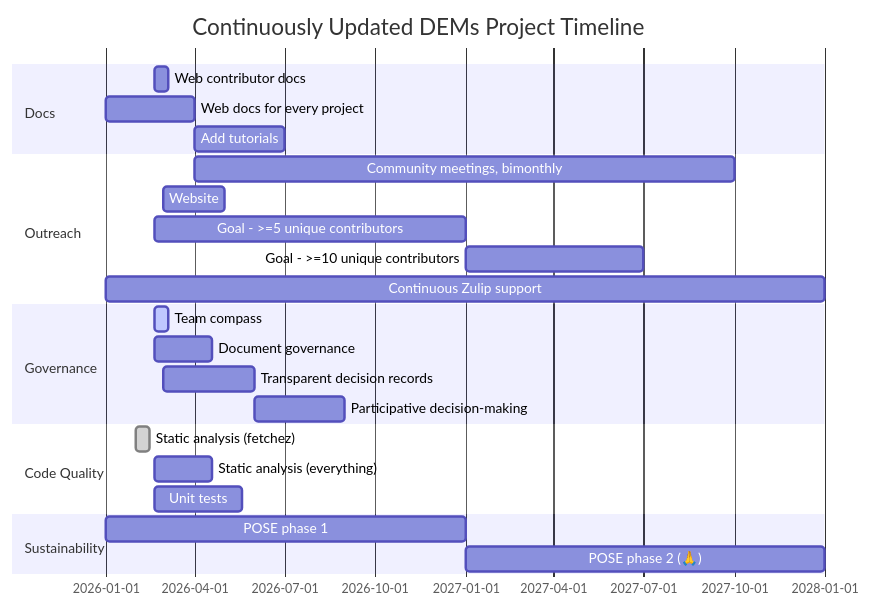
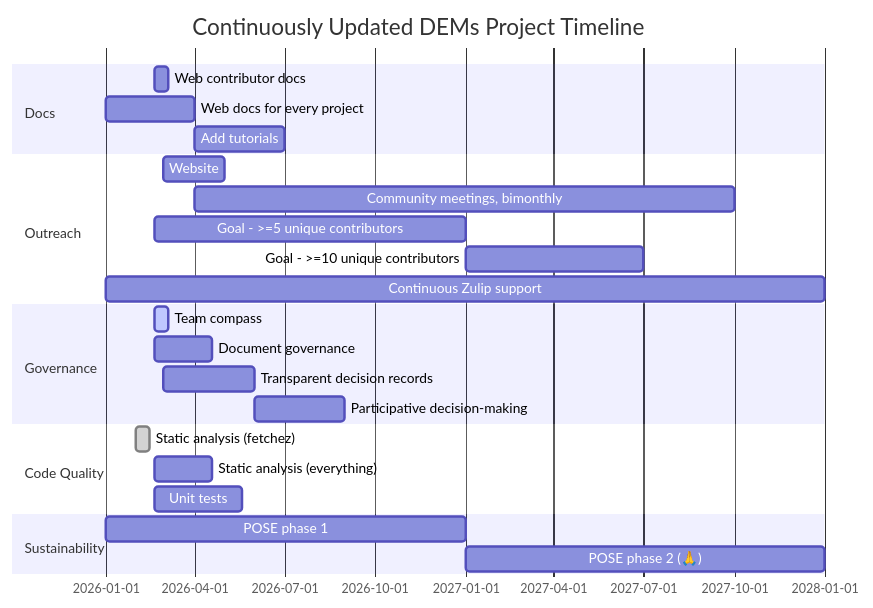
Before and after one commit to continuous-dems/team-compass: the diagram in planning/timeline.md, drawn with Mermaid. The commit also changed other lines of this file, not shown here.

Commit message:
Re-order timeline elements

````diff
--- a/planning/timeline.md
+++ b/planning/timeline.md
@@ -3,48 +3,48 @@
 ```mermaid
 ---
     # Frontmatter config, YAML comments
     config:
         themeCSS: |-
             rect[id^=workaround] { height: calc(100% - 50px) ; transform: translate(9px, 25px); y: 0; width: 1.5px; stroke: none; fill: red; }
             text[id^=workaround] { fill: red; y: 100%; font-size: 16px;}
 
             g.tick text {
               transform: rotate(-45deg);
               text-anchor: end !important; /* Aligns the end of the text to the tick mark */
             }
         gantt:
             useWidth: 650
             rightPadding: 0
             numberSectionStyles: 2
 ---
 gantt
     title Continuously Updated DEMs Project Timeline
     dateFormat  YYYY-MM-DD
 
     section Docs
     Web contributor docs            : 2026-02-19, 2w
     Web docs for every project      : 2026-01-01, 3M
     Add tutorials                   : 2026-04-01, 3M
 
     section Outreach
+    Website                         : 2026-03-01, 2M
     Community meetings, bimonthly   : 2026-04-01, 18M
-    Website                         : 2026-03-01, 2M
     Goal - >=5 unique contributors  : 2026-02-19, until pose2
     Goal - >=10 unique contributors : after pose1, 6M
     Continuous Zulip support        : 2026-01-01, 2y
 
     section Governance
     Team compass                    : active, 2026-02-19, 2w
     Document governance             : 2026-02-19, 2M
     Transparent decision records    : 2026-03-01, 3M
     Participative decision-making   : 2026-06-01, 3M
 
     section Code Quality
     Static analysis (fetchez)       : done, 2026-02-01, 2w
     Static analysis (everything)    : 2026-02-19, 2M
     Unit tests                      : 2026-02-19, 3M
 
     section Sustainability
     POSE phase 1                    : pose1, 2026-01-01, 1y
     POSE phase 2 (🙏)               : pose2, 2027-01-01, 1y
 ```
````
